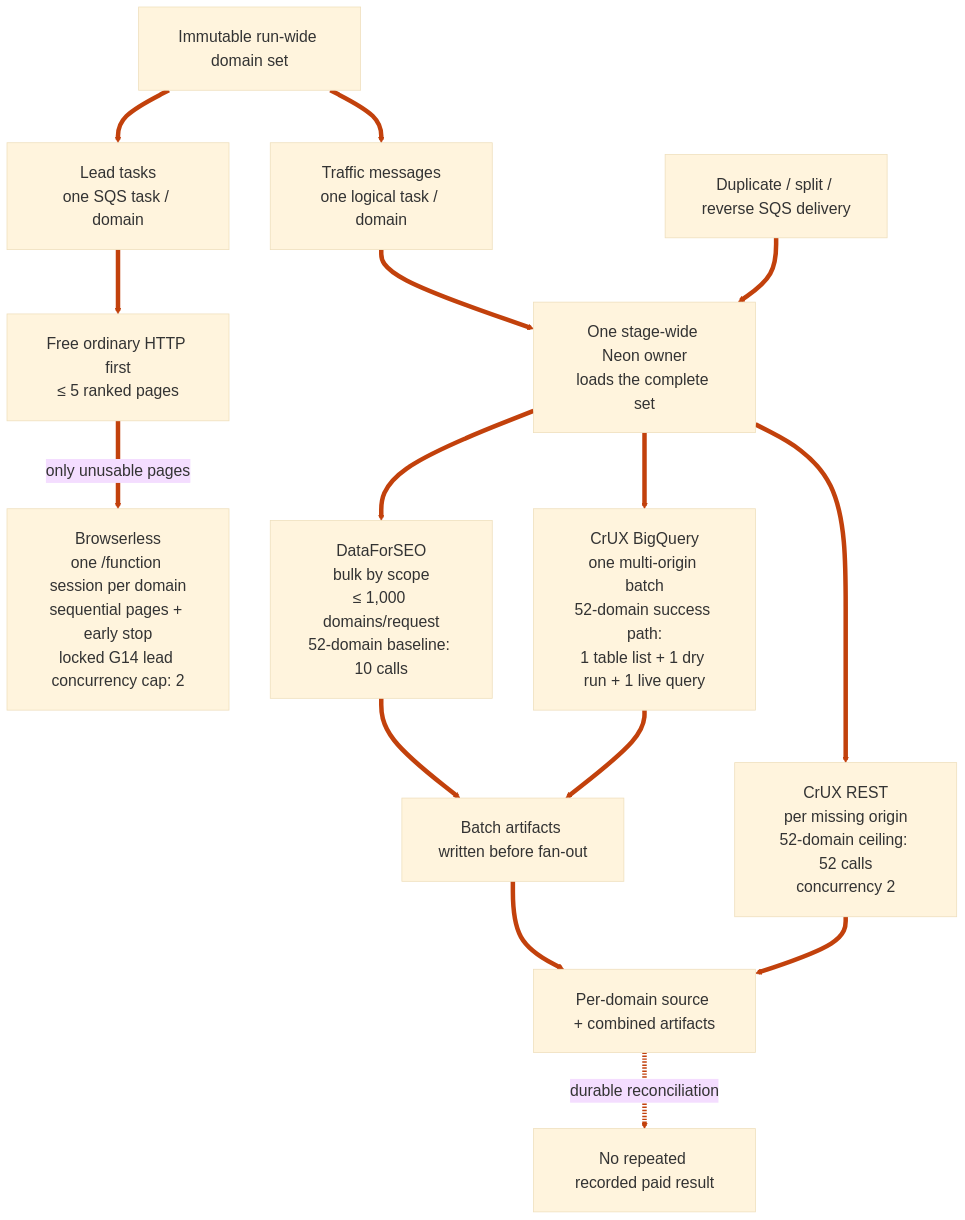
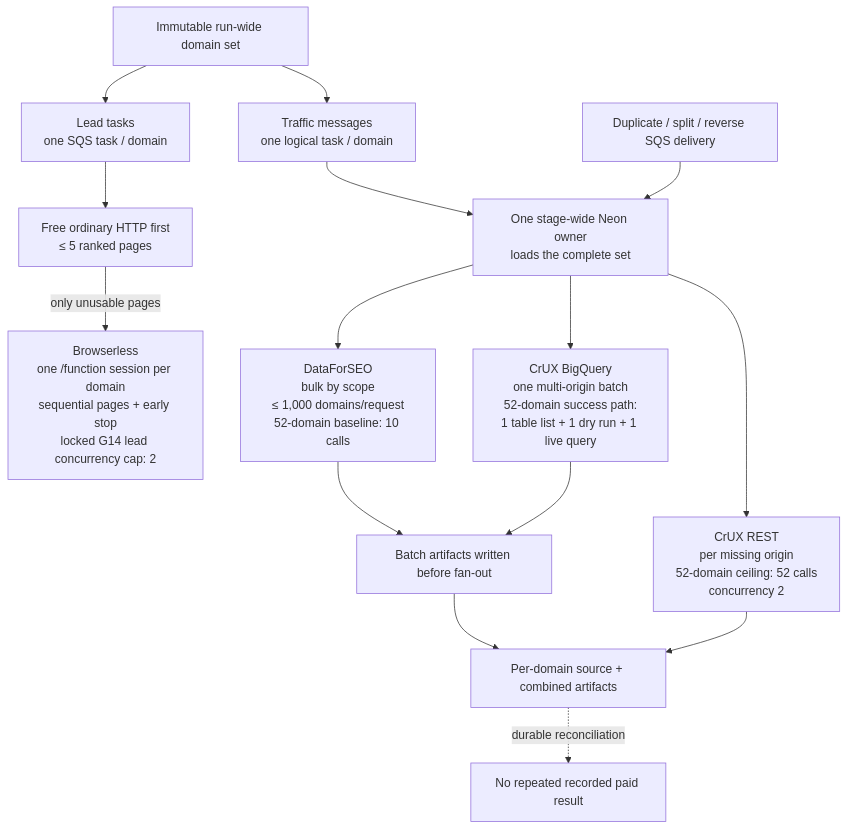
The third of 4 diagrams in IMPLEMENTED_AWS_PIPELINE_ARCHITECTURE.md (haritchowdhury/ShopSniper), drawn with Mermaid before and after one commit. The commit also changed other lines of this file, not shown here.

````diff
--- a/IMPLEMENTED_AWS_PIPELINE_ARCHITECTURE.md
+++ b/IMPLEMENTED_AWS_PIPELINE_ARCHITECTURE.md
@@ -471,24 +221,22 @@
 ```mermaid
-%%{init: {"theme":"base","themeVariables":{"fontFamily":"Arial, sans-serif","fontSize":"21px","lineColor":"#c2410c"},"flowchart":{"curve":"basis","nodeSpacing":55,"rankSpacing":70,"padding":24,"htmlLabels":true,"useMaxWidth":true}}}%%
 flowchart TB
     DOMAINS["Immutable run-wide domain set"]
 
     DOMAINS --> LEADS["Lead tasks<br/>one SQS task / domain"]
     LEADS --> HTTP2["Free ordinary HTTP first<br/>≤ 5 ranked pages"]
     HTTP2 -->|"only unusable pages"| BL2["Browserless<br/>one /function session per domain<br/>sequential pages + early stop<br/>locked G14 lead concurrency cap: 2"]
 
     DOMAINS --> TRIGGERS["Traffic messages<br/>one logical task / domain"]
     TRIGGERS --> OWNER2["One stage-wide Neon owner<br/>loads the complete set"]
     OWNER2 --> DFS2["DataForSEO<br/>bulk by scope<br/>≤ 1,000 domains/request<br/>52-domain baseline: 10 calls"]
     OWNER2 --> REST2["CrUX REST<br/>per missing origin<br/>52-domain ceiling: 52 calls<br/>concurrency 2"]
     OWNER2 --> BQ2["CrUX BigQuery<br/>one multi-origin batch<br/>52-domain success path:<br/>1 table list + 1 dry run + 1 live query"]
 
     DFS2 --> BATCH["Batch artifacts written before fan-out"]
     BQ2 --> BATCH
     BATCH --> PER_DOMAIN["Per-domain source + combined artifacts"]
     REST2 --> PER_DOMAIN
 
     RETRY["Duplicate / split / reverse SQS delivery"] --> OWNER2
     PER_DOMAIN -. "durable reconciliation" .-> NOCALL["No repeated recorded paid result"]
-    linkStyle default stroke:#c2410c,stroke-width:6px;
 ```
````
